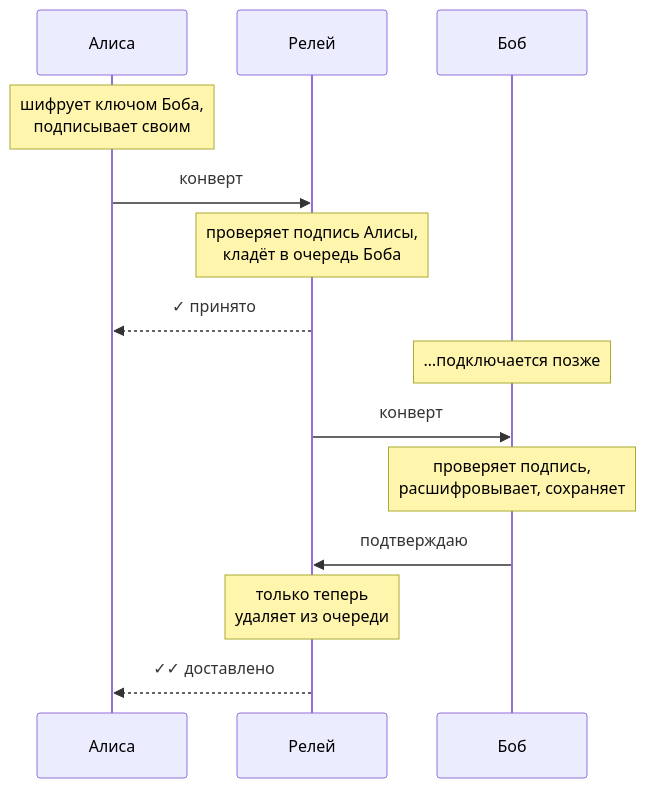
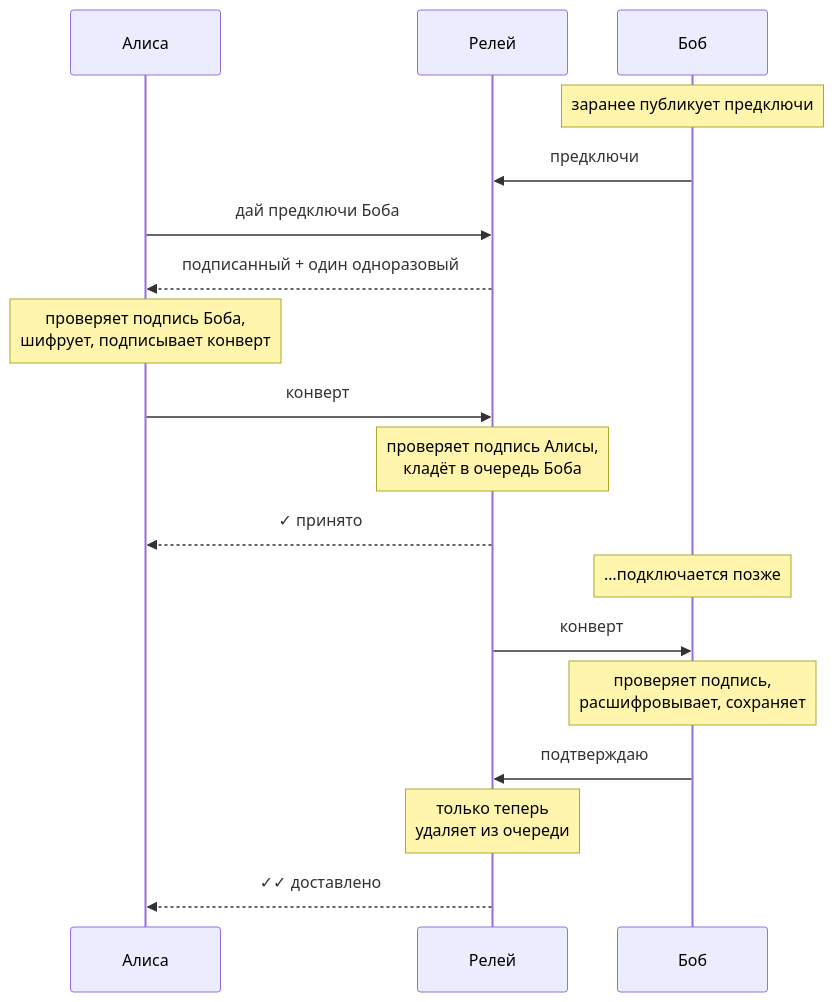
One commit to Paustovskiy/messanger changed the diagram in README.md. Above: the diagram before and after it, drawn with Mermaid. The commit also changed other lines of this file and 17 other files, not shown here.

````diff
--- a/README.md
+++ b/README.md
@@ -162,17 +183,21 @@
 ```mermaid
 sequenceDiagram
     participant A as Алиса
     participant R as Релей
     participant B as Боб
 
-    Note over A: шифрует ключом Боба,<br/>подписывает своим
+    Note over B: заранее публикует предключи
+    B->>R: предключи
+    A->>R: дай предключи Боба
+    R-->>A: подписанный + один одноразовый
+    Note over A: проверяет подпись Боба,<br/>шифрует, подписывает конверт
     A->>R: конверт
     Note over R: проверяет подпись Алисы,<br/>кладёт в очередь Боба
     R-->>A: ✓ принято
     Note over B: …подключается позже
     R->>B: конверт
     Note over B: проверяет подпись,<br/>расшифровывает, сохраняет
     B->>R: подтверждаю
     Note over R: только теперь<br/>удаляет из очереди
     R-->>A: ✓✓ доставлено
 ```
````
